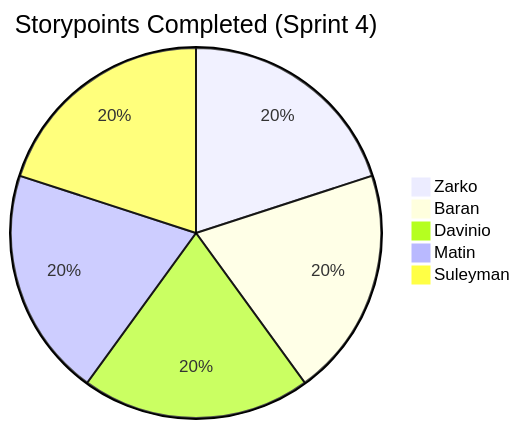
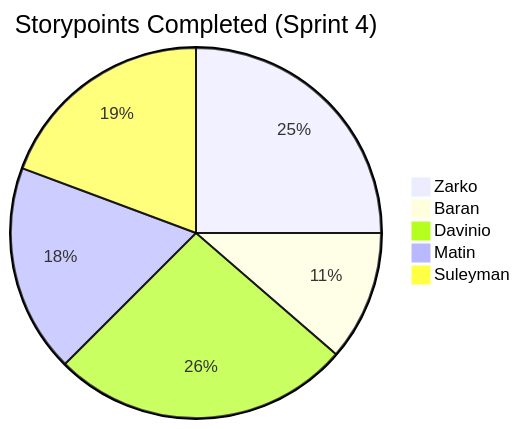
One commit to Davinio07/riijuuxeenoo38 changed the second of 2 diagrams in docs/Sprint 4/Retrospective_Sprint_4.md. Above: the diagram before and after it, drawn with Mermaid.

Commit message:
Update file Retrospective_Sprint_4.md

````diff
--- a/docs/Sprint 4/Retrospective_Sprint_4.md
+++ b/docs/Sprint 4/Retrospective_Sprint_4.md
@@ -54,9 +54,9 @@
 ```mermaid
 pie
 title Storypoints Completed (Sprint 4)
-"Zarko" : 20
-"Baran" : 20
-"Davinio" : 20
-"Matin" : 20
-"Suleyman" : 20
+"Zarko" : 22
+"Baran" : 10
+"Davinio" : 23
+"Matin" : 16
+"Suleyman" : 17
 ```
````
